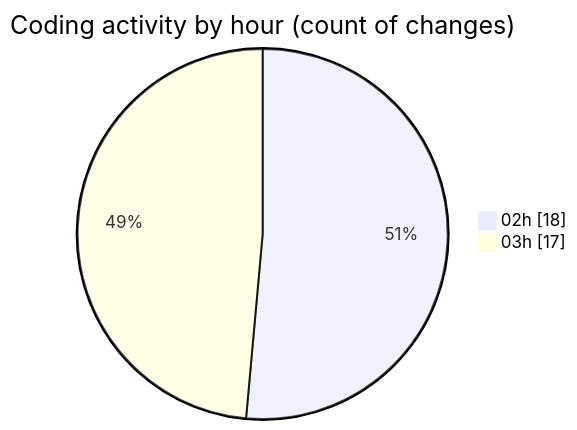
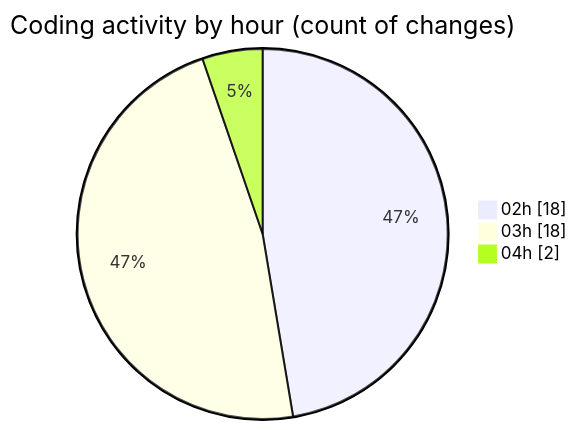
The second of 2 diagrams in 2025-07-12/shopaccv1/README.md (lephambinh05/code-tracking), drawn with Mermaid before and after one commit. The commit also changed other lines of this file and 1 other file, not shown here.

````diff
--- a/2025-07-12/shopaccv1/README.md
+++ b/2025-07-12/shopaccv1/README.md
@@ -48,6 +49,7 @@
 ```mermaid
 pie showData
 title Coding activity by hour (count of changes)
 "02h" : 18
-"03h" : 17
+"03h" : 18
+"04h" : 2
 ```
````
